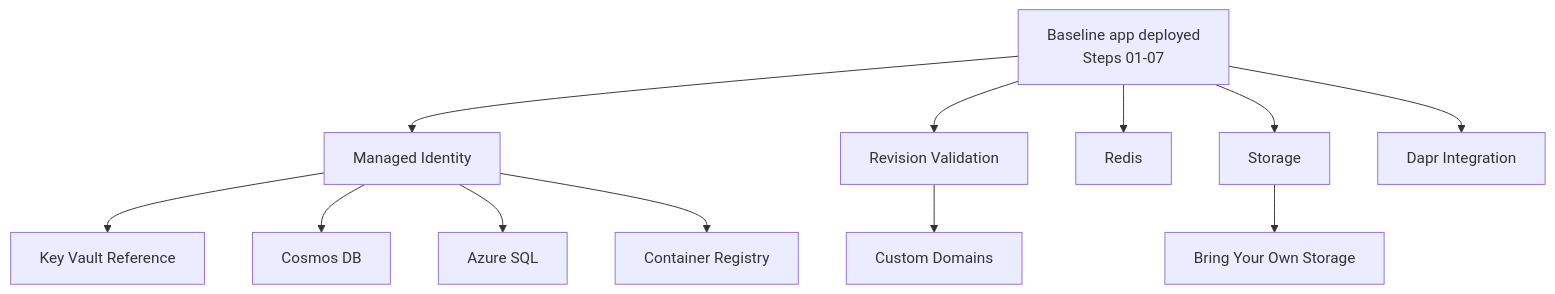
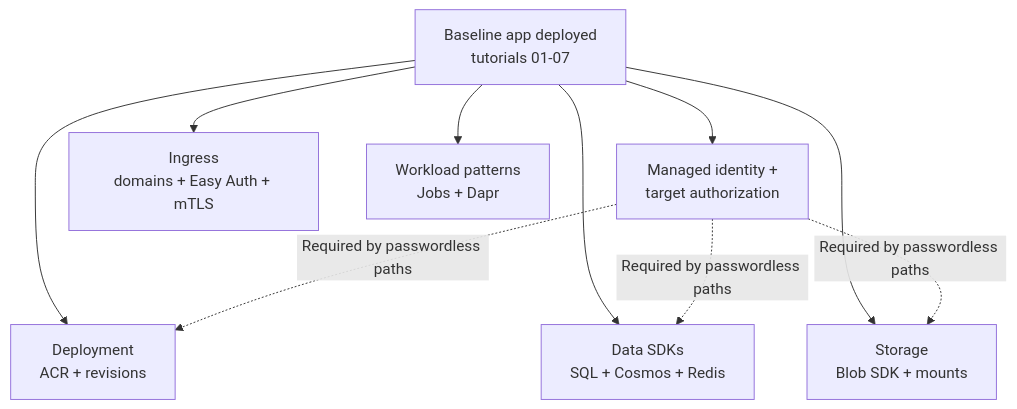
The diagram in docs/language-guides/dotnet/recipes/index.md (yeongseon/azure-container-apps-practical-guide), drawn with Mermaid before and after one commit. The commit also changed other lines of this file and 22 other files, not shown here.

Commit message:
docs(diagrams): migrate language navigation and .NET recipes (#621)

````diff
--- a/docs/language-guides/dotnet/recipes/index.md
+++ b/docs/language-guides/dotnet/recipes/index.md
@@ -60,14 +64,22 @@
 ```mermaid
 flowchart TD
-    BASE[Baseline app deployed<br/>Steps 01-07] --> ID[Managed Identity]
-    BASE --> REV[Revision Validation]
-    ID --> KV[Key Vault Reference]
-    ID --> COSMOS[Cosmos DB]
-    ID --> SQL[Azure SQL]
-    ID --> ACR[Container Registry]
-    BASE --> REDIS[Redis]
-    BASE --> STORAGE[Storage]
-    STORAGE --> BYOS[Bring Your Own Storage]
-    BASE --> DAPR[Dapr Integration]
-    REV --> DOMAIN[Custom Domains]
+    accTitle: .NET recipe selection by prerequisite
+    accDescr: Start from a deployed baseline app, then choose a recipe family. Managed identity is a shared prerequisite for private ACR pulls, Key Vault, and passwordless data SDK recipes. Arrows show prerequisites, not runtime network traffic.
+    BASE[Baseline app deployed<br/>tutorials 01-07]
+    ID[Managed identity +<br/>target authorization]
+    DEPLOY[Deployment<br/>ACR + revisions]
+    DATA[Data SDKs<br/>SQL + Cosmos + Redis]
+    STORAGE[Storage<br/>Blob SDK + mounts]
+    EDGE[Ingress<br/>domains + Easy Auth + mTLS]
+    WORK[Workload patterns<br/>Jobs + Dapr]
+
+    BASE --> ID
+    BASE --> DEPLOY
+    BASE --> DATA
+    BASE --> STORAGE
+    BASE --> EDGE
+    BASE --> WORK
+    ID -.->|"Required by passwordless paths"| DEPLOY
+    ID -.->|"Required by passwordless paths"| DATA
+    ID -.->|"Required by passwordless paths"| STORAGE
 ```
````
